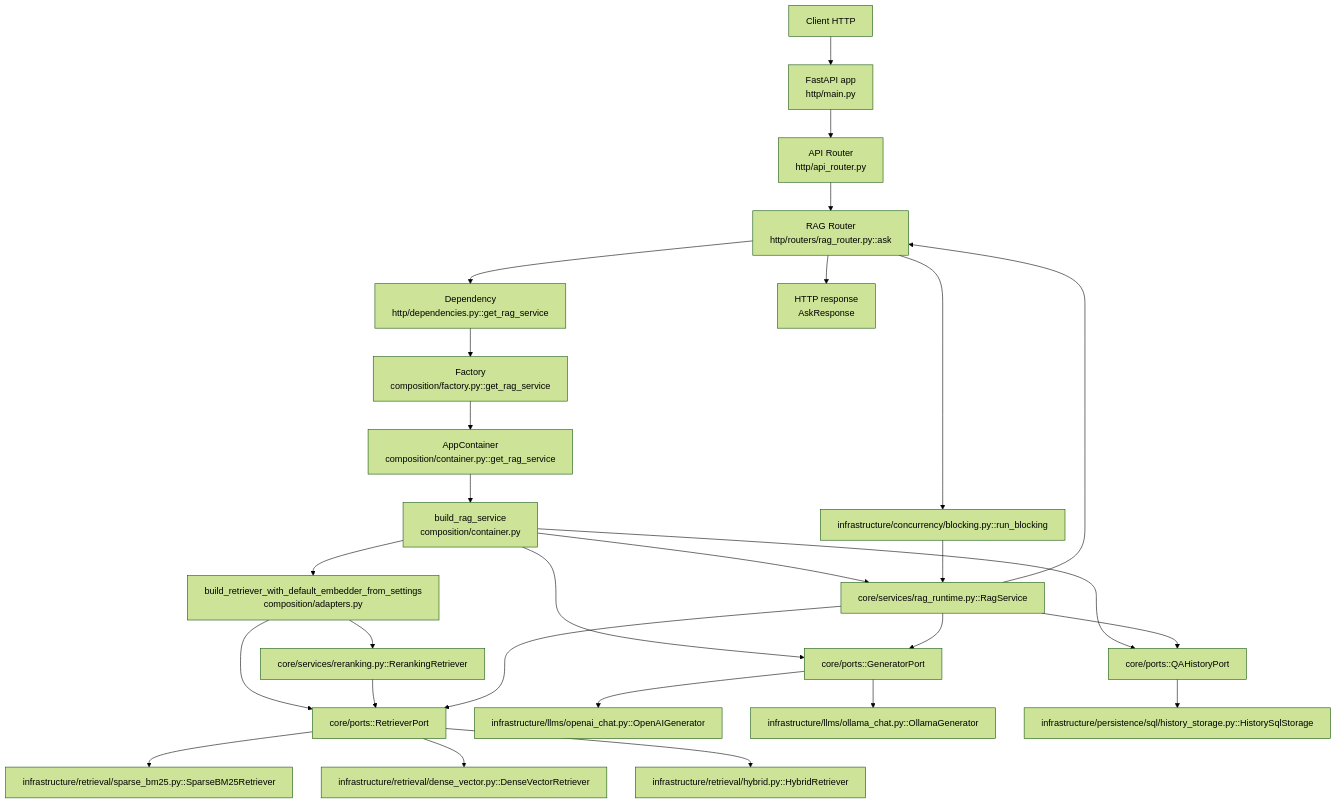
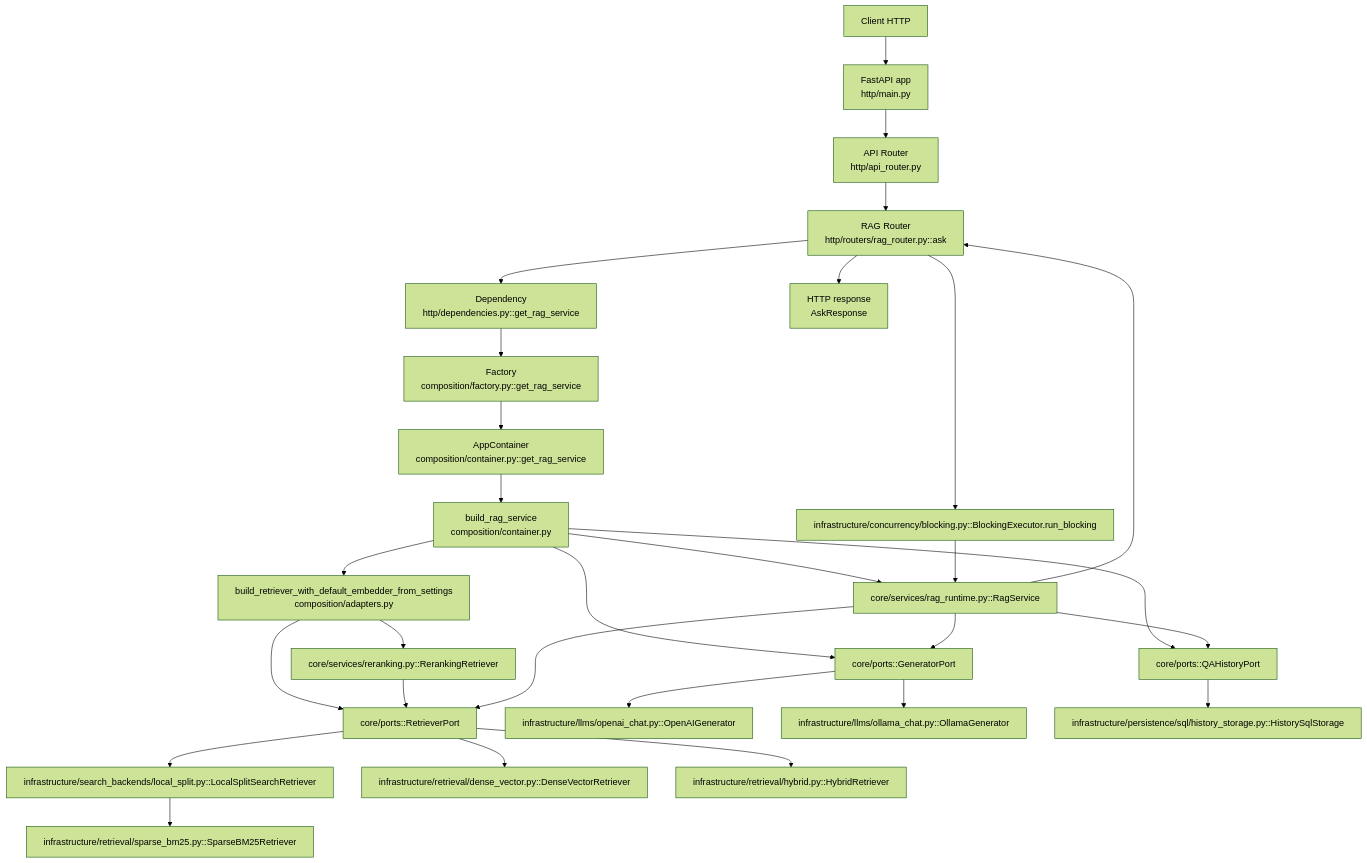
One commit to Intrinsical-AI/rag-prototype changed the first of 2 diagrams in README.md. Above: the diagram before and after it, drawn with Mermaid (forest theme). The commit also changed other lines of this file and 188 other files, not shown here.

````diff
--- a/README.md
+++ b/README.md
@@ -487,36 +493,37 @@
 ```mermaid
 flowchart TD
     C[Client HTTP] --> M[FastAPI app\nhttp/main.py]
     M --> AR[API Router\nhttp/api_router.py]
     AR --> RR[RAG Router\nhttp/routers/rag_router.py::ask]
 
     RR --> D1[Dependency\nhttp/dependencies.py::get_rag_service]
     D1 --> F1[Factory\ncomposition/factory.py::get_rag_service]
     F1 --> AC[AppContainer\ncomposition/container.py::get_rag_service]
     AC --> BRS[build_rag_service\ncomposition/container.py]
 
     BRS --> RS[core/services/rag_runtime.py::RagService]
 
     BRS --> COMP[build_retriever_with_default_embedder_from_settings\ncomposition/adapters.py]
     COMP --> RP[core/ports::RetrieverPort]
-    RP --> SBR[infrastructure/retrieval/sparse_bm25.py::SparseBM25Retriever]
+    RP --> LSR[infrastructure/search_backends/local_split.py::LocalSplitSearchRetriever]
+    LSR --> SBR[infrastructure/retrieval/sparse_bm25.py::SparseBM25Retriever]
     RP --> DFR[infrastructure/retrieval/dense_vector.py::DenseVectorRetriever]
     RP --> HR[infrastructure/retrieval/hybrid.py::HybridRetriever]
     COMP --> RER[core/services/reranking.py::RerankingRetriever]
     RER --> RP
 
     BRS --> GP[core/ports::GeneratorPort]
     GP --> OAI[infrastructure/llms/openai_chat.py::OpenAIGenerator]
     GP --> OLL[infrastructure/llms/ollama_chat.py::OllamaGenerator]
 
     BRS --> HP[core/ports::QAHistoryPort]
     HP --> HSQL[infrastructure/persistence/sql/history_storage.py::HistorySqlStorage]
 
-    RR --> RB[infrastructure/concurrency/blocking.py::run_blocking]
+    RR --> RB[infrastructure/concurrency/blocking.py::BlockingExecutor.run_blocking]
     RB --> RS
     RS --> RP
     RS --> GP
     RS --> HP
     RS --> RR
     RR --> RESP[HTTP response\nAskResponse]
 ```
````
